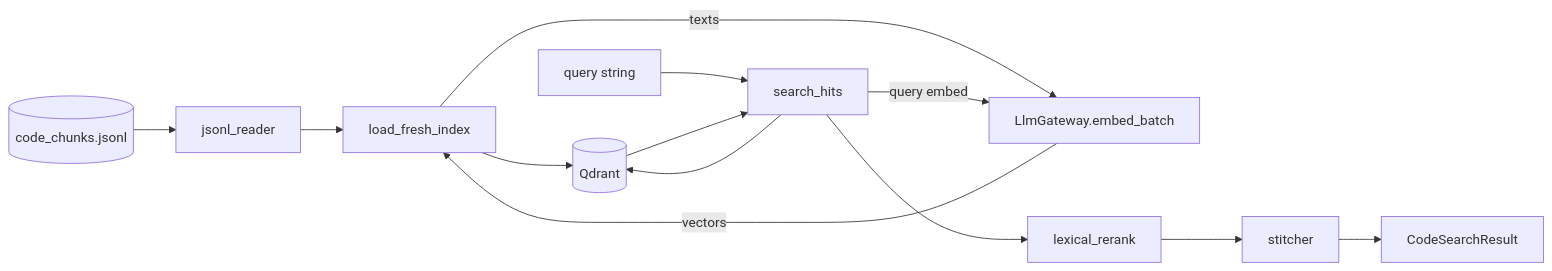
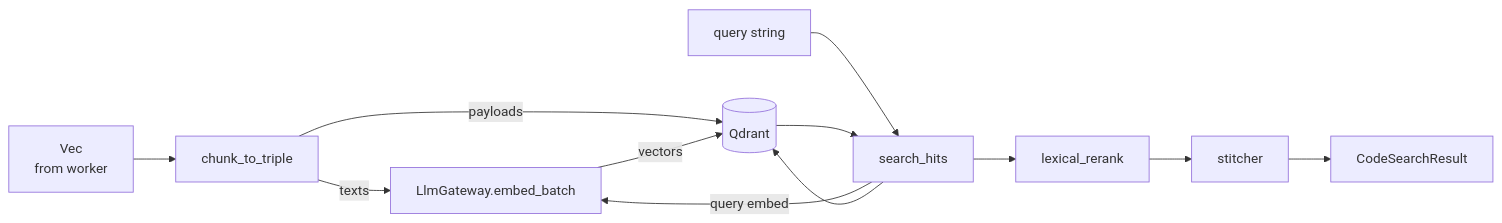
The diagram in mr-ai-backend/docs/services/rag-base.md (robotoss/mr-ai), drawn with Mermaid before and after one commit. The commit also changed other lines of this file and 41 other files, not shown here.

````diff
--- a/mr-ai-backend/docs/services/rag-base.md
+++ b/mr-ai-backend/docs/services/rag-base.md
@@ -41,16 +41,15 @@
 ```mermaid
 flowchart LR
-    JSONL[(code_chunks.jsonl)] --> Reader[jsonl_reader]
-    Reader --> Loader[load_fresh_index]
-    Loader -->|texts| GW[LlmGateway.embed_batch]
-    GW -->|vectors| Loader
-    Loader --> Q[(Qdrant)]
+    Chunks[Vec<CodeChunk><br/>from worker] --> Map[chunk_to_triple]
+    Map -->|texts| GW[LlmGateway.embed_batch]
+    Map -->|payloads| Q[(Qdrant)]
+    GW -->|vectors| Q
 
     Query[query string] --> Search[search_hits]
     Search -->|query embed| GW
     Search --> Q
     Q --> Search
     Search --> Rerank[lexical_rerank]
     Rerank --> Stitch[stitcher]
     Stitch --> Result[CodeSearchResult]
 ```
````
